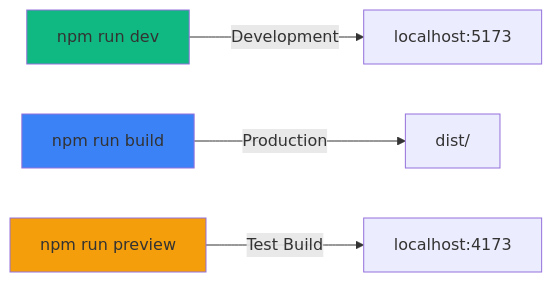
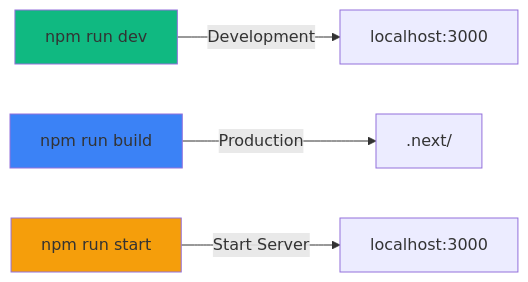
Before and after one commit to Xenonesis/code-guardian-report: the seventh of 8 diagrams in README.md, drawn with Mermaid. The commit also changed other lines of this file and 20 other files, not shown here.

First line of the commit message:
Complete Next.js migration: remove Vite SPA architecture, update configs, and clean up orphaned files

````diff
--- a/README.md
+++ b/README.md
@@ -1456,10 +1457,10 @@
 ```mermaid
 graph LR
-    A[npm run dev] -->|Development| B[localhost:5173]
-    C[npm run build] -->|Production| D[dist/]
-    E[npm run preview] -->|Test Build| F[localhost:4173]
+    A[npm run dev] -->|Development| B[localhost:3000]
+    C[npm run build] -->|Production| D[.next/]
+    E[npm run start] -->|Start Server| F[localhost:3000]
 
     style A fill:#10B981
     style C fill:#3B82F6
     style E fill:#F59E0B
 ```
````
